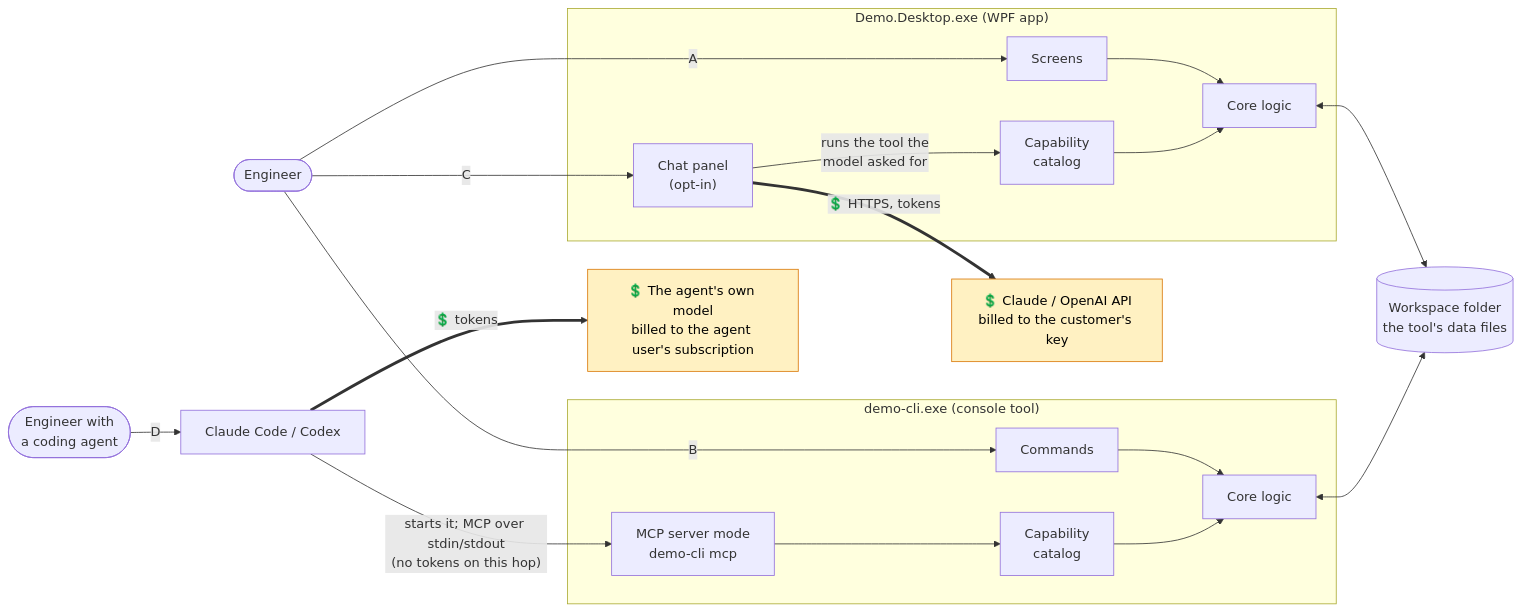
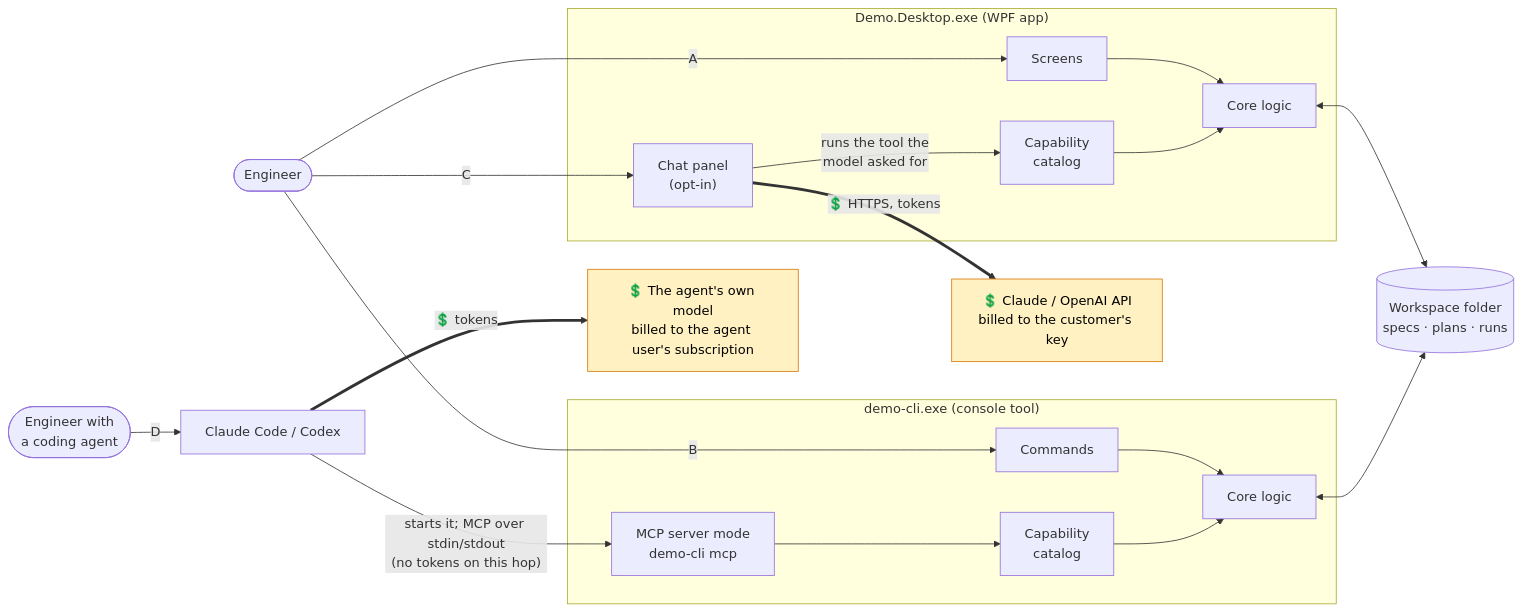
Before and after one commit to RelentlessOldMan/ChatbotAddonDemo: the diagram in README.md, drawn with Mermaid. The commit also changed 1 other file, not shown here.

Commit message:
Docs: put the plans/runs/specs labels back in the design diagram

Claude-Session: https://claude.ai/code/session_01RqCrBPJkyojDMLP4z7v4oY

````diff
--- a/README.md
+++ b/README.md
@@ -20,37 +20,37 @@
 ```mermaid
 flowchart LR
     eng(["Engineer"])
     dev(["Engineer with<br/>a coding agent"])
 
     subgraph desktop["Demo.Desktop.exe (WPF app)"]
         ui["Screens"]
         chat["Chat panel<br/>(opt-in)"]
         dcap["Capability<br/>catalog"]
         dlogic["Core logic"]
     end
     subgraph cli["demo-cli.exe (console tool)"]
         cmds["Commands"]
         mcp["MCP server mode<br/>demo-cli mcp"]
         ccap["Capability<br/>catalog"]
         clogic["Core logic"]
     end
 
     llm["💲 Claude / OpenAI API<br/>billed to the customer's key"]
     agent["Claude Code / Codex"]
     agentllm["💲 The agent's own model<br/>billed to the agent user's subscription"]
-    ws[("Workspace folder<br/>the tool's data files")]
+    ws[("Workspace folder<br/>specs · plans · runs")]
 
     eng -- A --> ui --> dlogic
     eng -- B --> cmds --> clogic
     eng -- C --> chat
     chat == "💲 HTTPS, tokens" ==> llm
     chat -- "runs the tool the<br/>model asked for" --> dcap --> dlogic
     dev -- D --> agent
     agent == "💲 tokens" ==> agentllm
     agent -- "starts it; MCP over stdin/stdout<br/>(no tokens on this hop)" --> mcp --> ccap --> clogic
     dlogic <--> ws
     clogic <--> ws
 
     classDef paid fill:#fff1c2,stroke:#d97706,color:#000
     class llm,agentllm paid
 ```
````
